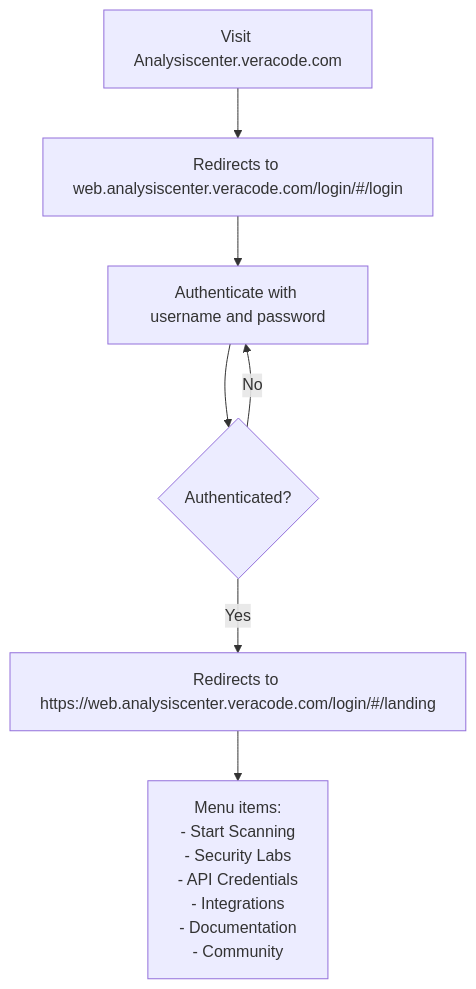
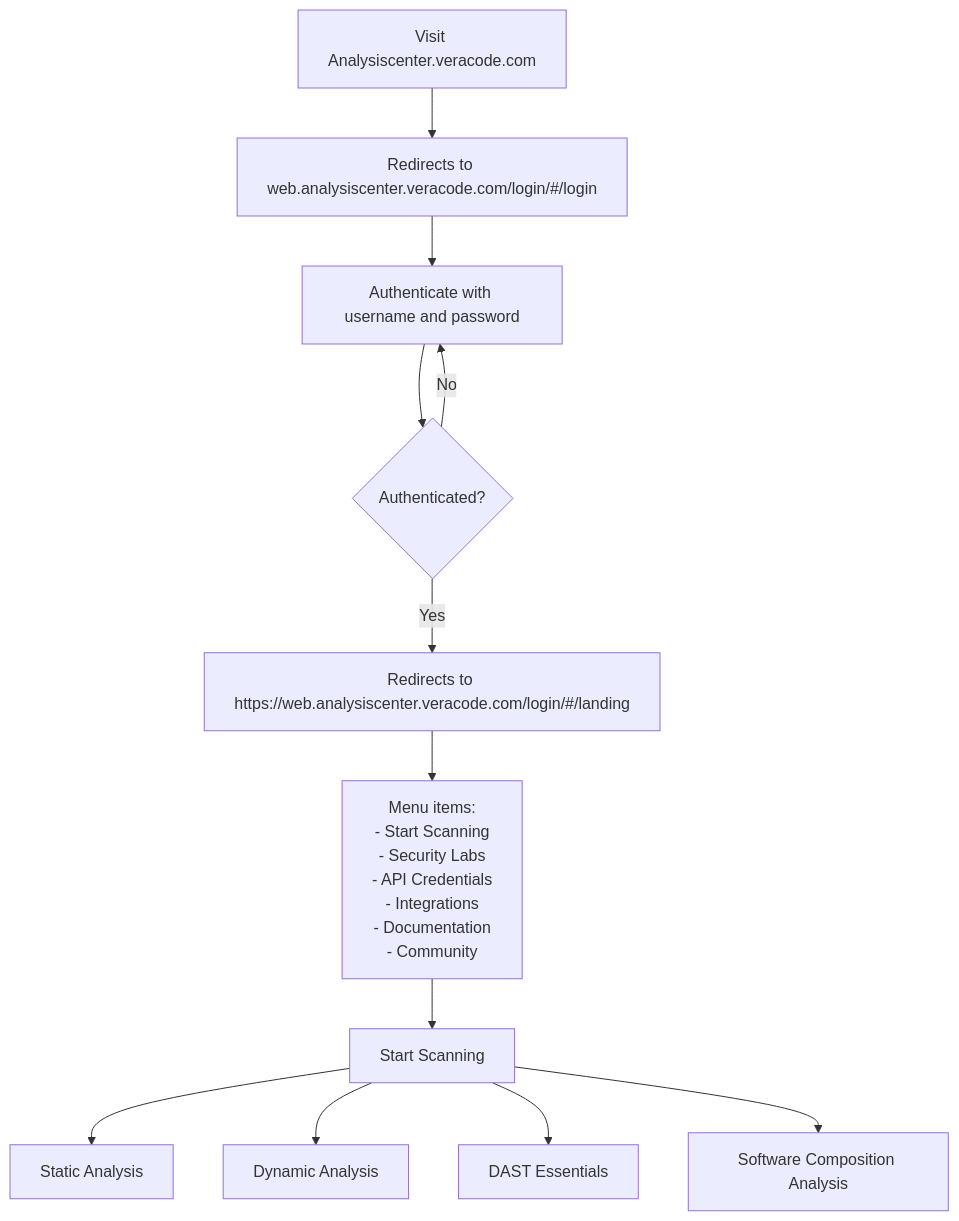
Before and after one commit to ramu318535/testforme: the diagram in README.md, drawn with Mermaid.

````diff
--- a/README.md
+++ b/README.md
@@ -1,9 +1,14 @@
 ```mermaid 
 graph TD;
     A[Visit Analysiscenter.veracode.com] --> B[Redirects to web.analysiscenter.veracode.com/login/#/login];
     B --> C[Authenticate with username and password];
     C --> D{Authenticated?};
     D -->|Yes| E[Redirects to https://web.analysiscenter.veracode.com/login/#/landing];
     D -->|No| C;
     E --> F[Menu items: <br> - Start Scanning <br> - Security Labs <br> - API Credentials <br> - Integrations <br> - Documentation <br> - Community];
+    F --> G[Start Scanning];
+    G --> H[Static Analysis];
+    G --> I[Dynamic Analysis];
+    G --> J[DAST Essentials];
+    G --> K[Software Composition Analysis];
 ```
````
